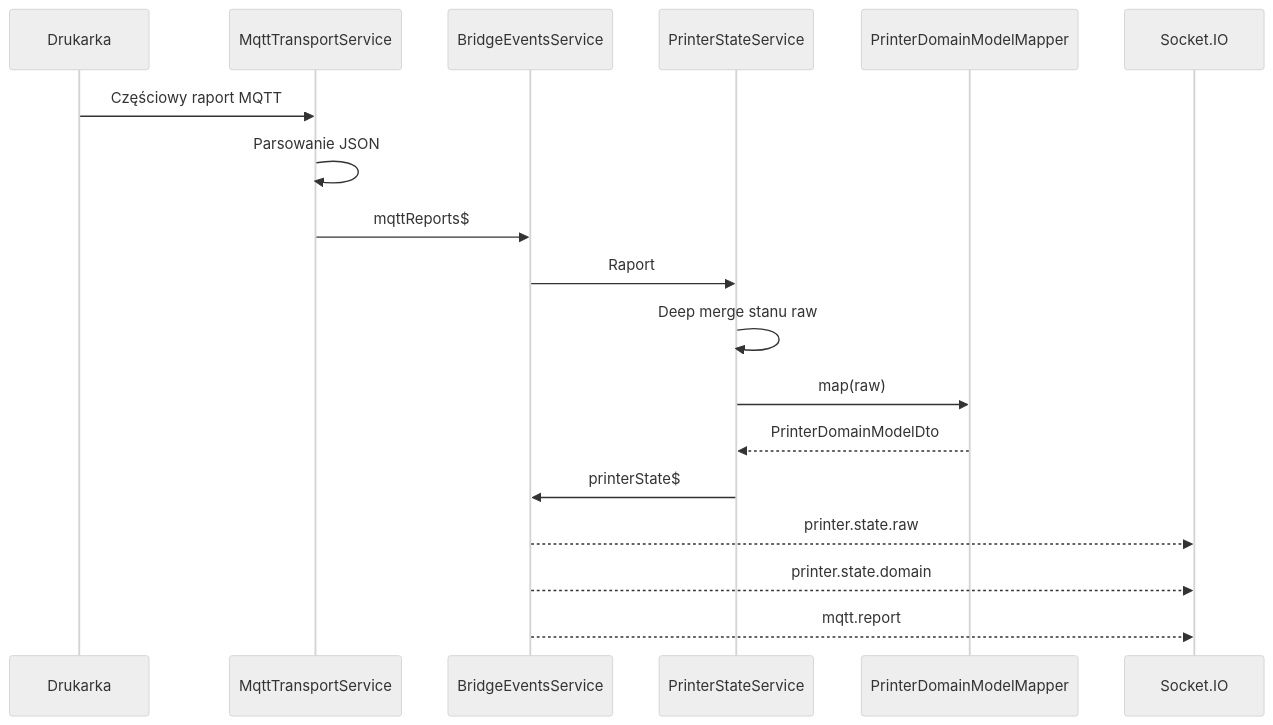
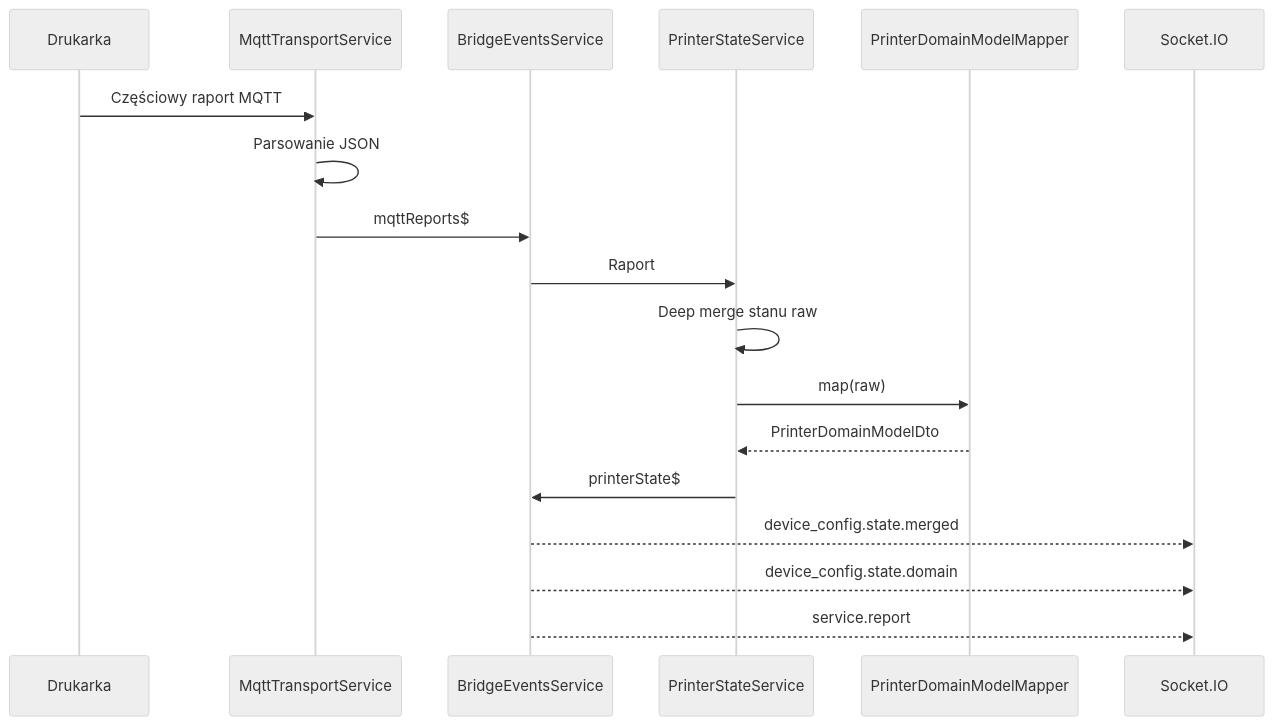
Before and after one commit to RobertNeat/CloudLess_Print_Bridge: the second of 3 diagrams in apps/mqtt-puppeteer/docs/architecture.md, drawn with Mermaid (neutral theme). The commit also changed other lines of this file and 43 other files, not shown here.

````diff
--- a/apps/mqtt-puppeteer/docs/architecture.md
+++ b/apps/mqtt-puppeteer/docs/architecture.md
@@ -251,21 +266,21 @@
 ```mermaid
 sequenceDiagram
     participant Printer as Drukarka
     participant MQTT as MqttTransportService
     participant Events as BridgeEventsService
     participant State as PrinterStateService
     participant Mapper as PrinterDomainModelMapper
     participant Socket as Socket.IO
 
     Printer->>MQTT: Częściowy raport MQTT
     MQTT->>MQTT: Parsowanie JSON
     MQTT->>Events: mqttReports$
     Events->>State: Raport
     State->>State: Deep merge stanu raw
     State->>Mapper: map(raw)
     Mapper-->>State: PrinterDomainModelDto
     State->>Events: printerState$
-    Events-->>Socket: printer.state.raw
-    Events-->>Socket: printer.state.domain
-    Events-->>Socket: mqtt.report
+    Events-->>Socket: device_config.state.merged
+    Events-->>Socket: device_config.state.domain
+    Events-->>Socket: service.report
 ```
````
